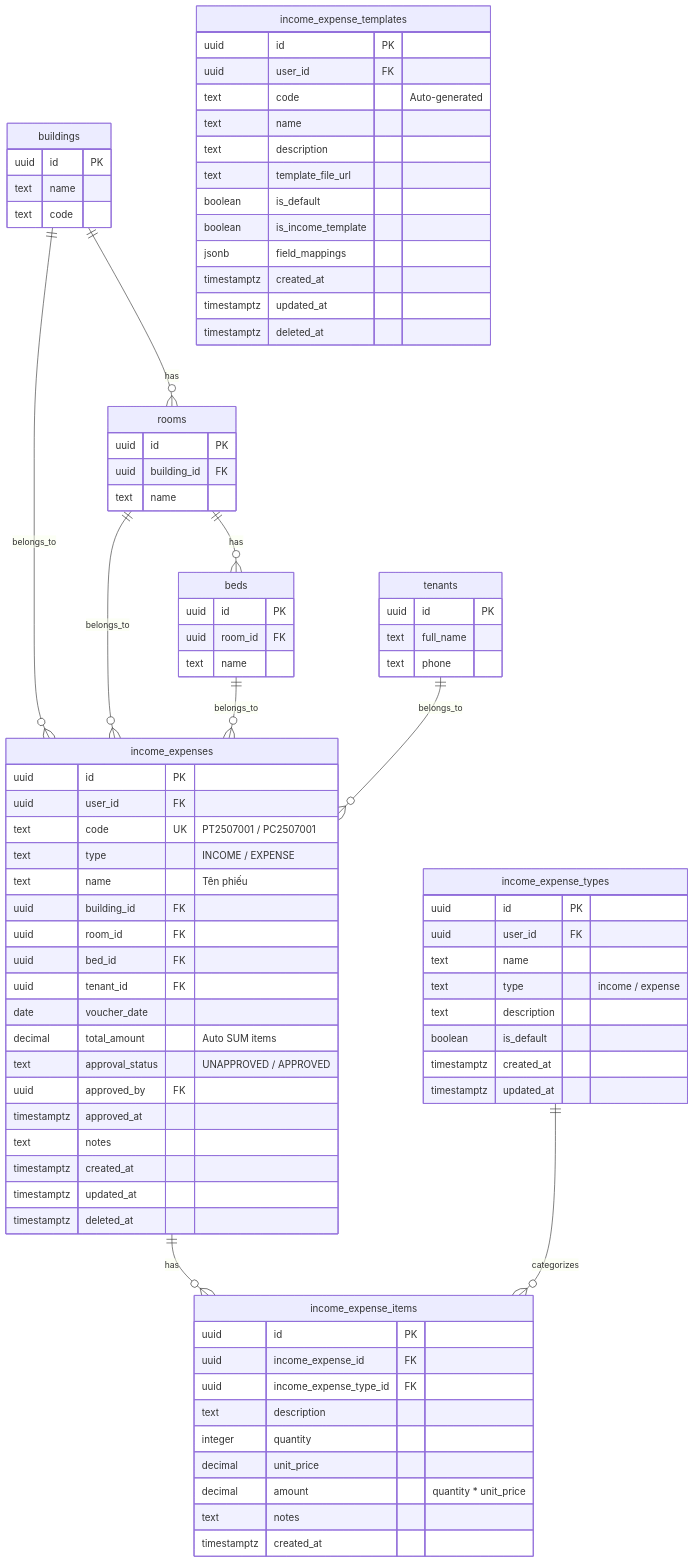
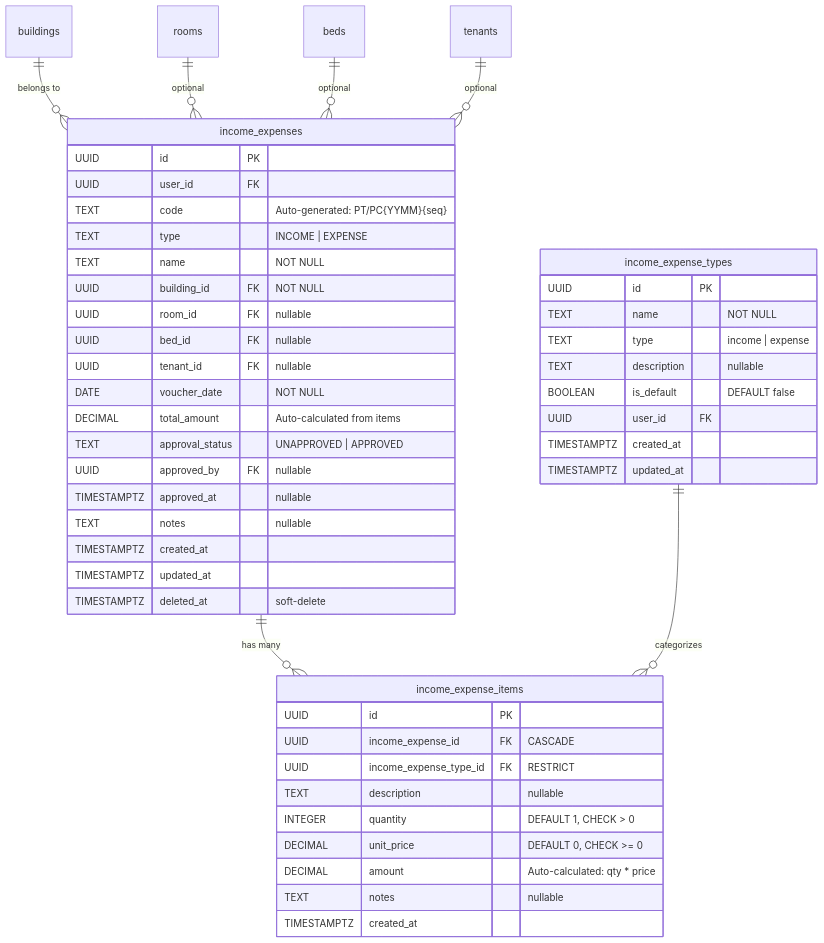
One commit to zxGreenxz/whiteboard-ihomecrm changed the fourth of 4 diagrams in .kiro/specs/thu-chi-reimplementation/design.md. Above: the diagram before and after it, drawn with Mermaid. The commit also changed other lines of this file and 12 other files, not shown here.

````diff
--- a/.kiro/specs/thu-chi-reimplementation/design.md
+++ b/.kiro/specs/thu-chi-reimplementation/design.md
@@ -534,94 +307,53 @@
 ```mermaid
 erDiagram
-    buildings ||--o{ rooms : "has"
-    rooms ||--o{ beds : "has"
-    buildings ||--o{ income_expenses : "belongs_to"
-    rooms ||--o{ income_expenses : "belongs_to"
-    beds ||--o{ income_expenses : "belongs_to"
-    tenants ||--o{ income_expenses : "belongs_to"
-    income_expenses ||--o{ income_expense_items : "has"
-    income_expense_types ||--o{ income_expense_items : "categorizes"
-
     income_expenses {
-        uuid id PK
-        uuid user_id FK
-        text code UK "PT2507001 / PC2507001"
-        text type "INCOME / EXPENSE"
-        text name "Tên phiếu"
-        uuid building_id FK
-        uuid room_id FK
-        uuid bed_id FK
-        uuid tenant_id FK
-        date voucher_date
-        decimal total_amount "Auto SUM items"
-        text approval_status "UNAPPROVED / APPROVED"
-        uuid approved_by FK
-        timestamptz approved_at
-        text notes
-        timestamptz created_at
-        timestamptz updated_at
-        timestamptz deleted_at
+        UUID id PK
+        UUID user_id FK
+        TEXT code "Auto-generated: PT/PC{YYMM}{seq}"
+        TEXT type "INCOME | EXPENSE"
+        TEXT name "NOT NULL"
+        UUID building_id FK "NOT NULL"
+        UUID room_id FK "nullable"
+        UUID bed_id FK "nullable"
+        UUID tenant_id FK "nullable"
+        DATE voucher_date "NOT NULL"
+        DECIMAL total_amount "Auto-calculated from items"
+        TEXT approval_status "UNAPPROVED | APPROVED"
+        UUID approved_by FK "nullable"
+        TIMESTAMPTZ approved_at "nullable"
+        TEXT notes "nullable"
+        TIMESTAMPTZ created_at
+        TIMESTAMPTZ updated_at
+        TIMESTAMPTZ deleted_at "soft-delete"
     }
 
     income_expense_items {
-        uuid id PK
-        uuid income_expense_id FK
-        uuid income_expense_type_id FK
-        text description
-        integer quantity
-        decimal unit_price
-        decimal amount "quantity * unit_price"
-        text notes
-        timestamptz created_at
+        UUID id PK
+        UUID income_expense_id FK "CASCADE"
+        UUID income_expense_type_id FK "RESTRICT"
+        TEXT description "nullable"
+        INTEGER quantity "DEFAULT 1, CHECK > 0"
+        DECIMAL unit_price "DEFAULT 0, CHECK >= 0"
+        DECIMAL amount "Auto-calculated: qty * price"
+        TEXT notes "nullable"
+        TIMESTAMPTZ created_at
     }
 
     income_expense_types {
-        uuid id PK
-        uuid user_id FK
-        text name
-        text type "income / expense"
-        text description
-        boolean is_default
-        timestamptz created_at
-        timestamptz updated_at
+        UUID id PK
+        TEXT name "NOT NULL"
+        TEXT type "income | expense"
+        TEXT description "nullable"
+        BOOLEAN is_default "DEFAULT false"
+        UUID user_id FK
+        TIMESTAMPTZ created_at
+        TIMESTAMPTZ updated_at
     }
 
-    income_expense_templates {
-        uuid id PK
-        uuid user_id FK
-        text code "Auto-generated"
-        text name
-        text description
-        text template_file_url
-        boolean is_default
-        boolean is_income_template
-        jsonb field_mappings
-        timestamptz created_at
-        timestamptz updated_at
-        timestamptz deleted_at
-    }
-
-    buildings {
-        uuid id PK
-        text name
-        text code
-    }
-
-    rooms {
-        uuid id PK
-        uuid building_id FK
-        text name
-    }
-
-    beds {
-        uuid id PK
-        uuid room_id FK
-        text name
-    }
-
-    tenants {
-        uuid id PK
-        text full_name
-        text phone
-    }
+    income_expenses ||--o{ income_expense_items : "has many"
+    income_expense_types ||--o{ income_expense_items : "categorizes"
+    buildings ||--o{ income_expenses : "belongs to"
+    rooms ||--o{ income_expenses : "optional"
+    beds ||--o{ income_expenses : "optional"
+    tenants ||--o{ income_expenses : "optional"
 ```
````
